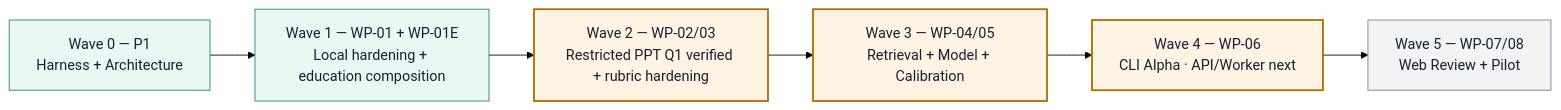
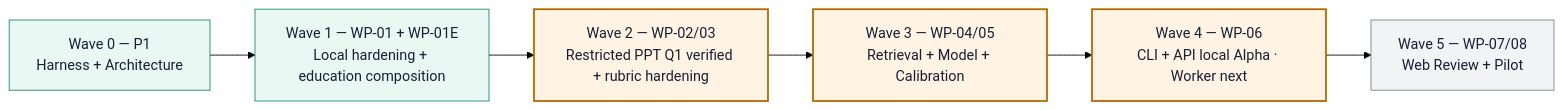
Before and after one commit to Infant83/AXCalib: diagram 13 of 13 in docs/architecture/workflow-blueprint.md, drawn with Mermaid (forest theme). The commit also changed other lines of this file and 34 other files, not shown here.

Commit message:
feat: add fail-closed runtime API alpha

````diff
--- a/docs/architecture/workflow-blueprint.md
+++ b/docs/architecture/workflow-blueprint.md
@@ -483,18 +513,18 @@
 ```mermaid
 flowchart LR
     W0["Wave 0 — P1\nHarness + Architecture"]
     W1["Wave 1 — WP-01 + WP-01E\nLocal hardening + education composition"]
     W2["Wave 2 — WP-02/03\nRestricted PPT Q1 verified + rubric hardening"]
     W3["Wave 3 — WP-04/05\nRetrieval + Model + Calibration"]
-    W4["Wave 4 — WP-06\nCLI Alpha · API/Worker next"]
+    W4["Wave 4 — WP-06\nCLI + API local Alpha · Worker next"]
     W5["Wave 5 — WP-07/08\nWeb Review + Pilot"]
 
     W0 --> W1 --> W2 --> W3 --> W4 --> W5
 
     classDef done fill:#EAF8F4,stroke:#1E8A75,color:#172033;
     classDef partial fill:#FFF3E4,stroke:#B36B00,stroke-width:2px,color:#172033;
     classDef future fill:#F2F3F5,stroke:#7A8495,color:#172033;
     class W0,W1 done;
     class W2,W3,W4 partial;
     class W5 future;
 ```
````
